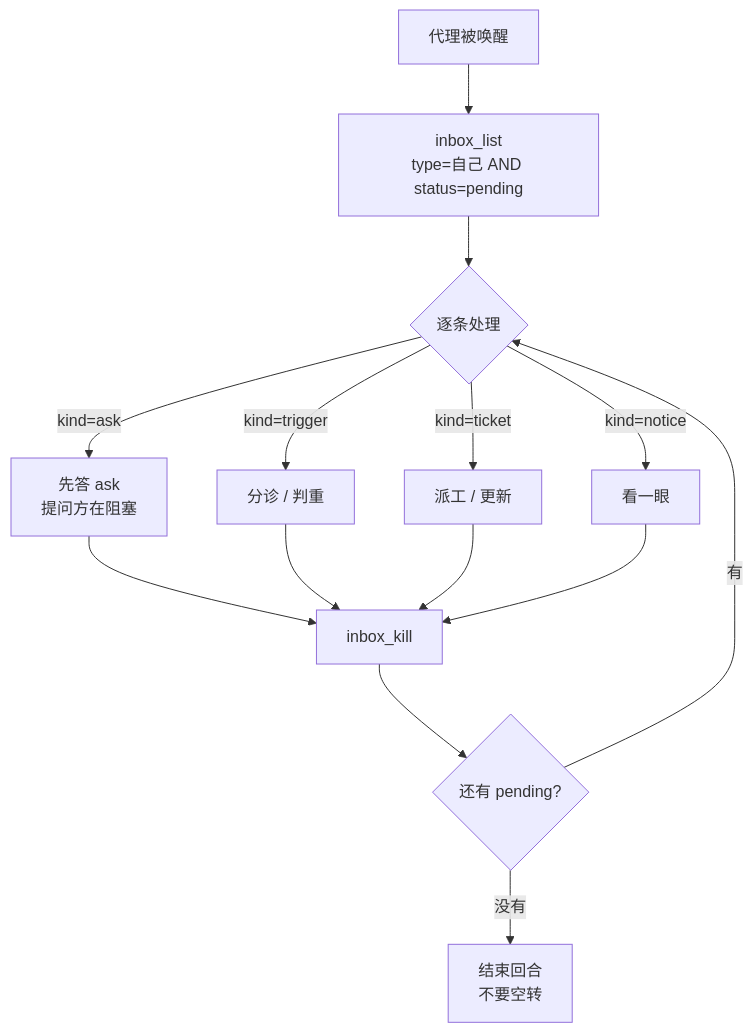
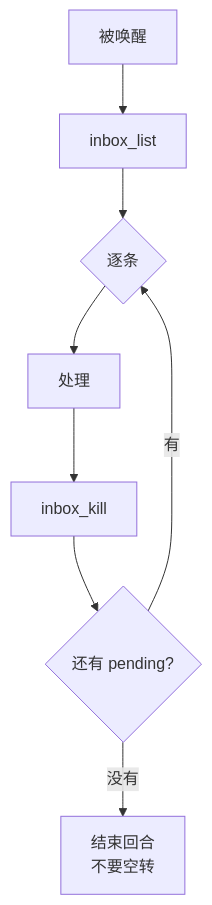
Diagram 11 of 21 in docs/flow.md (hairyf/dsh-nexus), drawn with Mermaid before and after one commit. The commit also changed other lines of this file and 9 other files, not shown here.

````diff
--- a/docs/flow.md
+++ b/docs/flow.md
@@ -405,16 +303,10 @@
 ```mermaid
 flowchart TD
-    A["代理被唤醒"] --> B["inbox_list<br/>type=自己 AND status=pending"]
-    B --> C{"逐条处理"}
-    C -->|"kind=ask"| D["先答 ask<br/>提问方在阻塞"]
-    C -->|"kind=trigger"| E["分诊 / 判重"]
-    C -->|"kind=ticket"| F["派工 / 更新"]
-    C -->|"kind=notice"| G["看一眼"]
-    D --> H["inbox_kill"]
-    E --> H
-    F --> H
-    G --> H
-    H --> I{"还有 pending?"}
-    I -->|有| C
-    I -->|没有| J["结束回合<br/>不要空转"]
+    A["被唤醒"] --> B["inbox_list"]
+    B --> C{"逐条"}
+    C --> D["处理"]
+    D --> E["inbox_kill"]
+    E --> F{"还有 pending?"}
+    F -->|有| C
+    F -->|没有| G["结束回合<br/>不要空转"]
 ```
````
